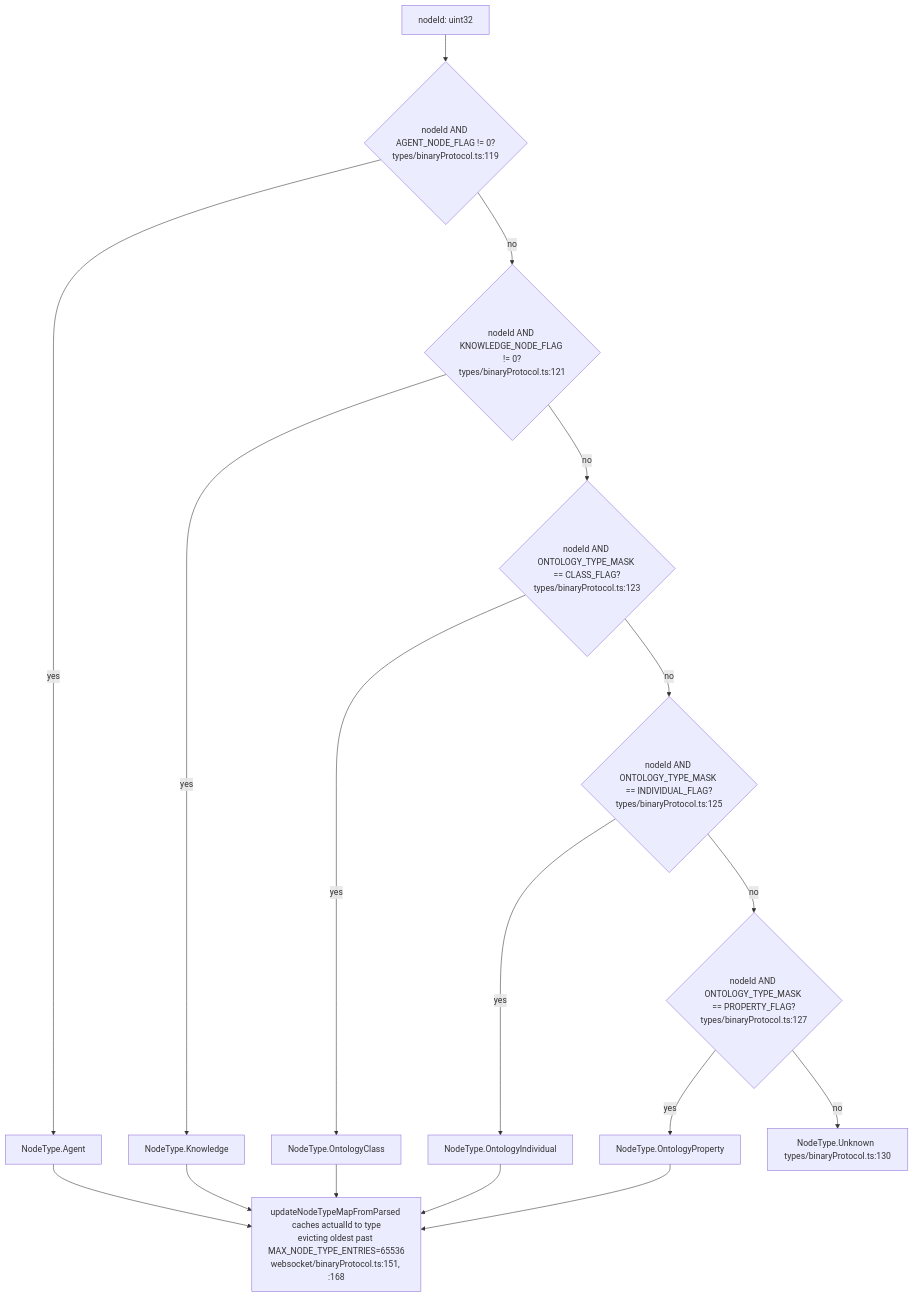
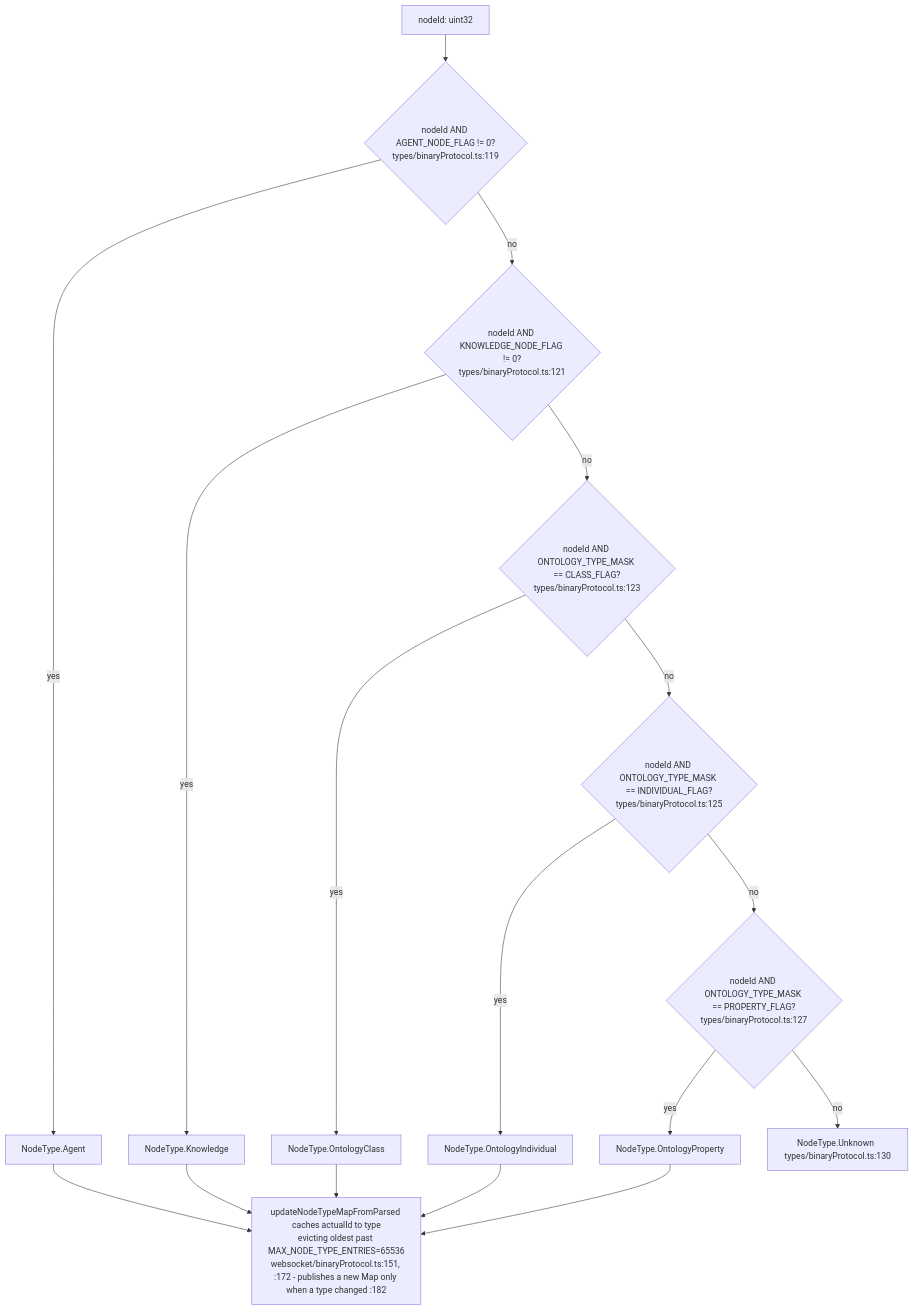
Before and after one commit to DreamLab-AI/VisionFlow: the seventh of 15 diagrams in docs/diagrams/visionclaw/32-client-websocket-and-binary.md, drawn with Mermaid. The commit also changed other lines of this file and 7 other files, not shown here.

First line of the commit message:
diagrams(visionclaw): re-verify VC-25..28 and VC-30..33 at visionclaw 4900ec60b, agentbox 59b1aca1c

````diff
--- a/docs/diagrams/visionclaw/32-client-websocket-and-binary.md
+++ b/docs/diagrams/visionclaw/32-client-websocket-and-binary.md
@@ -333,19 +334,19 @@
 ```mermaid
 flowchart TD
     A["nodeId: uint32"] --> B{"nodeId AND AGENT_NODE_FLAG != 0?<br/>types/binaryProtocol.ts:119"}
     B -- yes --> AG["NodeType.Agent"]
     B -- no --> C{"nodeId AND KNOWLEDGE_NODE_FLAG != 0?<br/>types/binaryProtocol.ts:121"}
     C -- yes --> KN["NodeType.Knowledge"]
     C -- no --> D{"nodeId AND ONTOLOGY_TYPE_MASK == CLASS_FLAG?<br/>types/binaryProtocol.ts:123"}
     D -- yes --> OC["NodeType.OntologyClass"]
     D -- no --> E{"nodeId AND ONTOLOGY_TYPE_MASK == INDIVIDUAL_FLAG?<br/>types/binaryProtocol.ts:125"}
     E -- yes --> OI["NodeType.OntologyIndividual"]
     E -- no --> F{"nodeId AND ONTOLOGY_TYPE_MASK == PROPERTY_FLAG?<br/>types/binaryProtocol.ts:127"}
     F -- yes --> OP["NodeType.OntologyProperty"]
     F -- no --> UN["NodeType.Unknown  types/binaryProtocol.ts:130"]
-    AG --> G["updateNodeTypeMapFromParsed caches actualId to type<br/>evicting oldest past MAX_NODE_TYPE_ENTRIES=65536<br/>websocket/binaryProtocol.ts:151, :168"]
+    AG --> G["updateNodeTypeMapFromParsed caches actualId to type<br/>evicting oldest past MAX_NODE_TYPE_ENTRIES=65536<br/>websocket/binaryProtocol.ts:151, :172 - publishes a new Map only when a type changed :182"]
     KN --> G
     OC --> G
     OI --> G
     OP --> G
 ```
````
